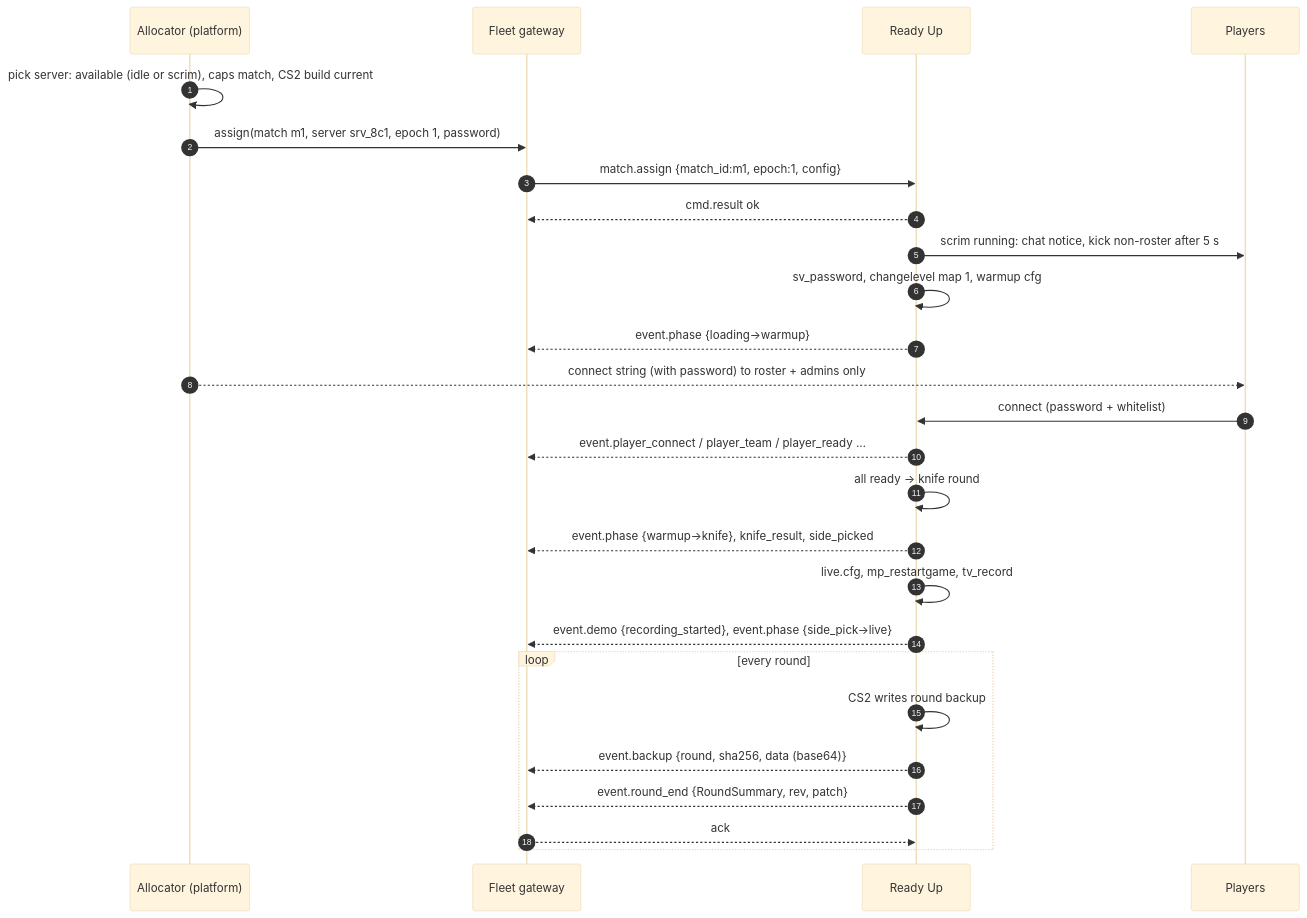
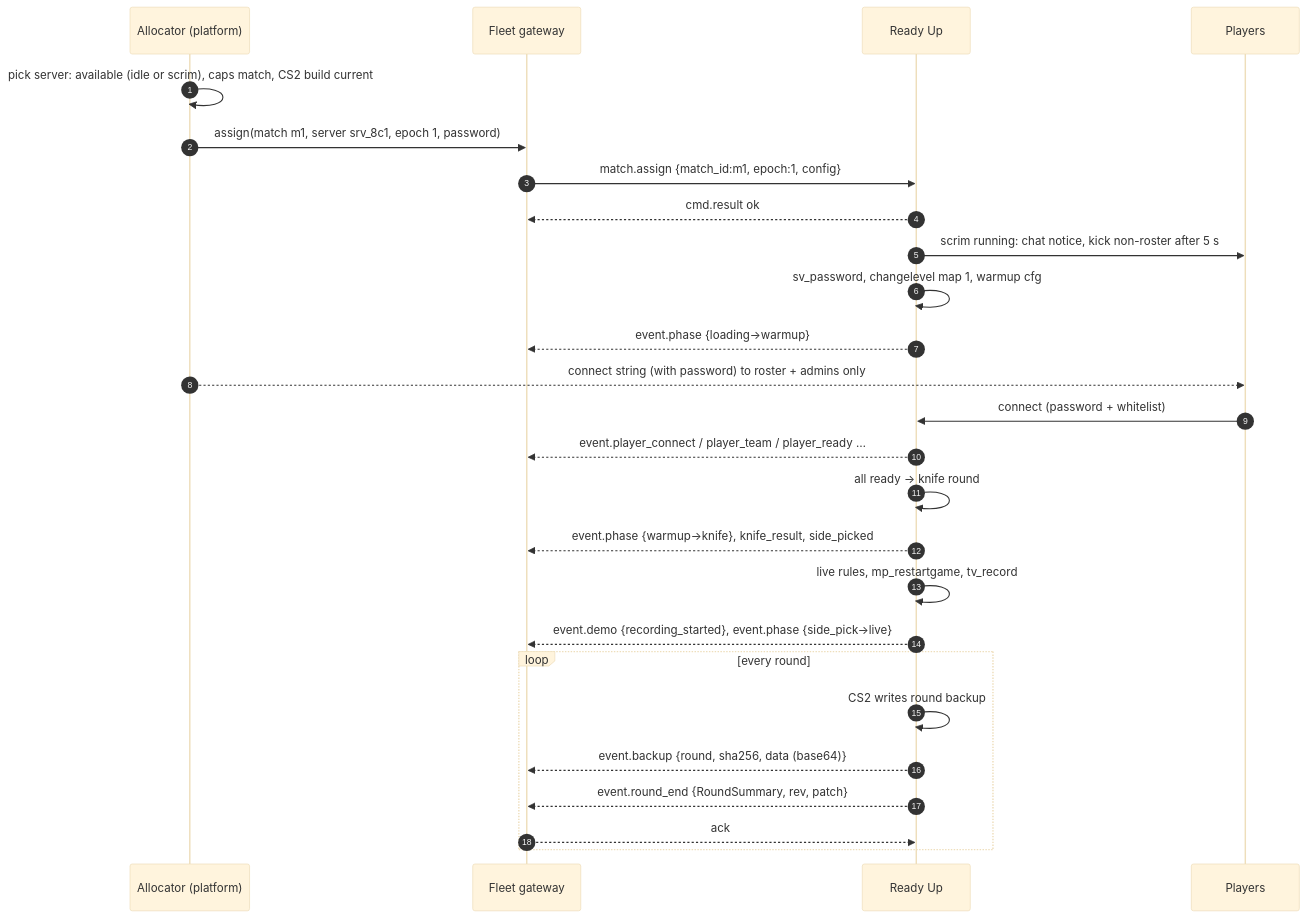
One commit to Auto-Tournament/ready-up changed the fourth of 7 diagrams in docs/FLEET.md. Above: the diagram before and after it, drawn with Mermaid (base theme). The commit also changed other lines of this file and 9 other files, not shown here.

First line of the commit message:
docs: the phase rules are built in, not cfg/ReadyUp files (#382)

````diff
--- a/docs/FLEET.md
+++ b/docs/FLEET.md
@@ -1015,28 +1015,28 @@
 ```mermaid
 sequenceDiagram
     autonumber
     participant A as Allocator (platform)
     participant GW as Fleet gateway
     participant RU as Ready Up
     participant P as Players
     A->>A: pick server: available (idle or scrim), caps match, CS2 build current
     A->>GW: assign(match m1, server srv_8c1, epoch 1, password)
     GW->>RU: match.assign {match_id:m1, epoch:1, config}
     RU-->>GW: cmd.result ok
     RU->>P: scrim running: chat notice, kick non-roster after 5 s
     RU->>RU: sv_password, changelevel map 1, warmup cfg
     RU-->>GW: event.phase {loading→warmup}
     A-->>P: connect string (with password) to roster + admins only
     P->>RU: connect (password + whitelist)
     RU-->>GW: event.player_connect / player_team / player_ready …
     RU->>RU: all ready → knife round
     RU-->>GW: event.phase {warmup→knife}, knife_result, side_picked
-    RU->>RU: live.cfg, mp_restartgame, tv_record
+    RU->>RU: live rules, mp_restartgame, tv_record
     RU-->>GW: event.demo {recording_started}, event.phase {side_pick→live}
     loop every round
         RU->>RU: CS2 writes round backup
         RU-->>GW: event.backup {round, sha256, data (base64)}
         RU-->>GW: event.round_end {RoundSummary, rev, patch}
         GW-->>RU: ack
     end
 ```
````
